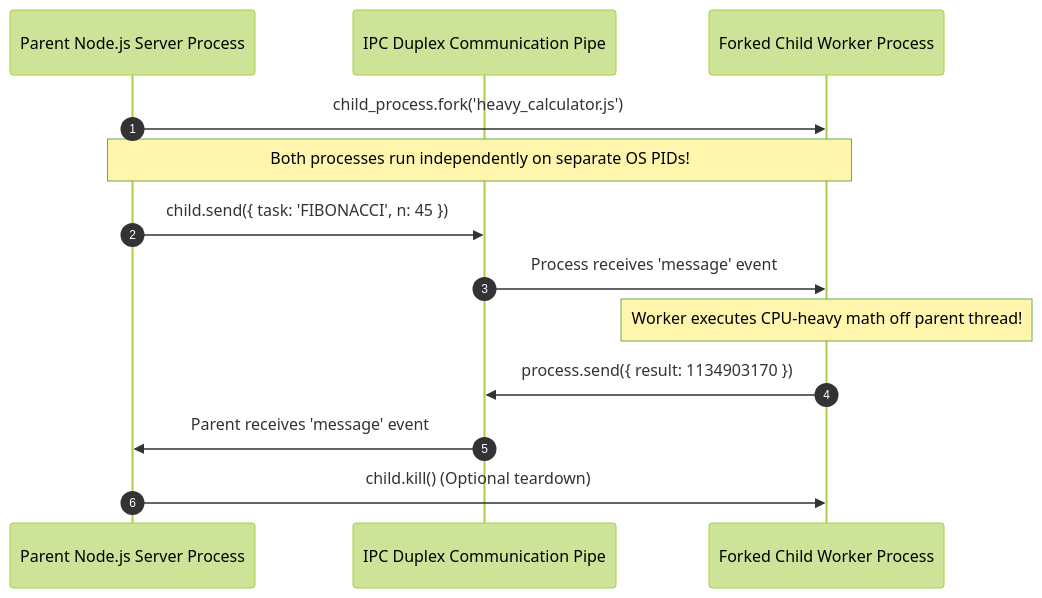
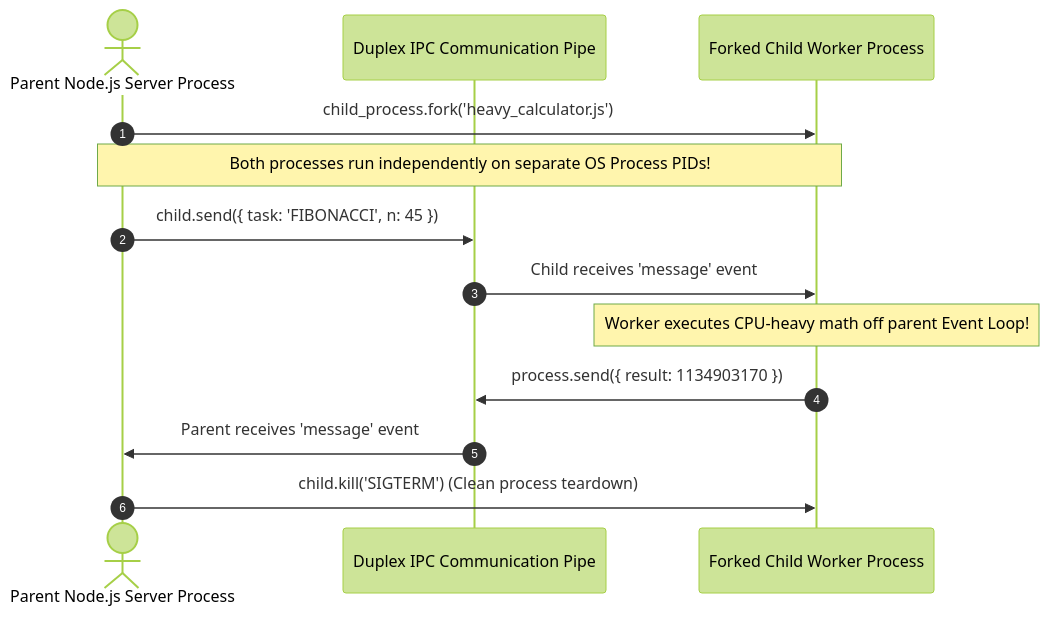
The second of 3 diagrams in nodejs-notes/17-child-processes.md (Amie-dev/engineering-playbook), drawn with Mermaid (forest theme) before and after one commit. The commit also changed other lines of this file and 31 other files, not shown here.

````diff
--- a/nodejs-notes/17-child-processes.md
+++ b/nodejs-notes/17-child-processes.md
@@ -47,20 +53,20 @@
 ```mermaid
 sequenceDiagram
     autonumber
-    participant Parent as Parent Node.js Server Process
-    participant IPC as IPC Duplex Communication Pipe
+    actor Parent as Parent Node.js Server Process
+    participant IPC as Duplex IPC Communication Pipe
     participant Child as Forked Child Worker Process
 
     Parent->>Child: child_process.fork('heavy_calculator.js')
-    Note over Parent,Child: Both processes run independently on separate OS PIDs!
+    note over Parent,Child: Both processes run independently on separate OS Process PIDs!
     
     Parent->>IPC: child.send({ task: 'FIBONACCI', n: 45 })
-    IPC->>Child: Process receives 'message' event
+    IPC->>Child: Child receives 'message' event
     
-    Note over Child: Worker executes CPU-heavy math off parent thread!
+    note over Child: Worker executes CPU-heavy math off parent Event Loop!
     
     Child->>IPC: process.send({ result: 1134903170 })
     IPC->>Parent: Parent receives 'message' event
     
-    Parent->>Child: child.kill() (Optional teardown)
+    Parent->>Child: child.kill('SIGTERM') (Clean process teardown)
 ```
````
